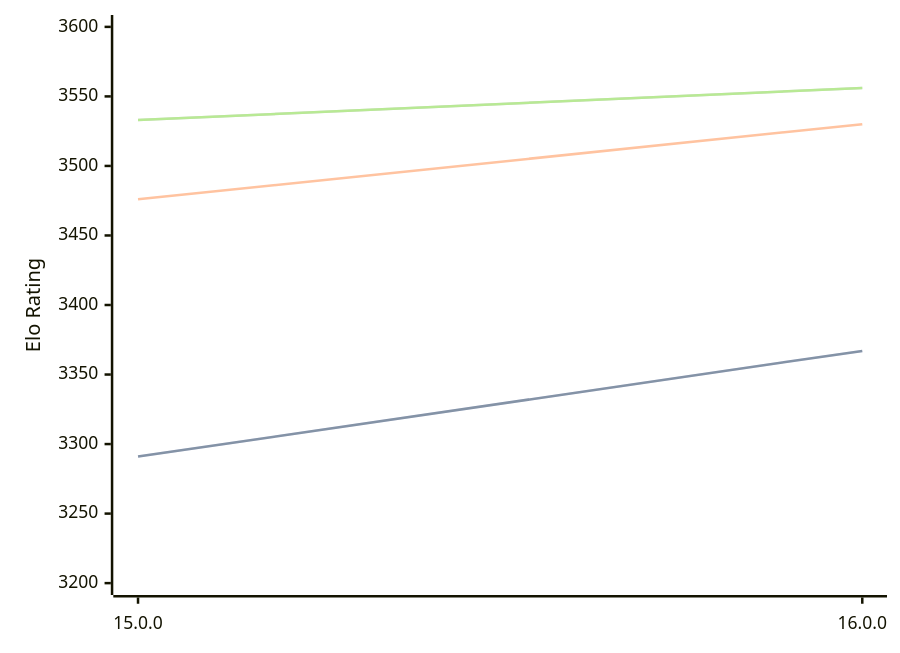
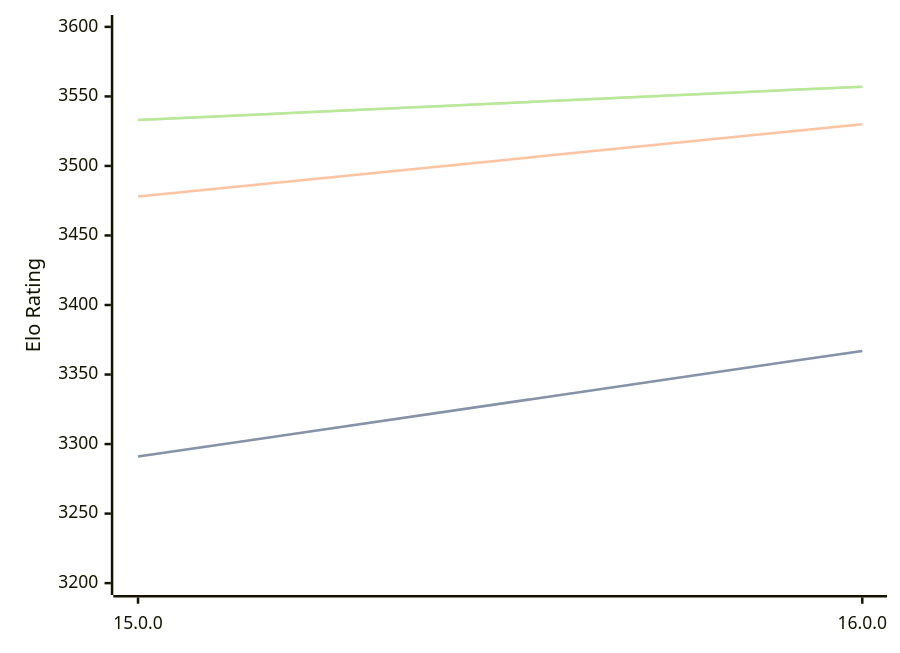
One commit to computer-chess-index/cci changed the diagram in engines/Halogen.md. Above: the diagram before and after it, drawn with Mermaid. The commit also changed other lines of this file, not shown here.

Commit message:
Update CCI Ratings (ELO VLTC) - 2026-09-15

````diff
--- a/engines/Halogen.md
+++ b/engines/Halogen.md
@@ -32,11 +32,11 @@
 ```mermaid
 %%{init: {"theme":"base","themeVariables":{"seriesColors:['#a3a3a3','#222221','#faa371']}}}%%
 xychart-beta
   x-axis ["15.0.0", "16.0.0"]
   y-axis "Elo Rating" 3200 --> 3600
   line "" [3291, 3367]
   line "STC (8.0+0.08s)" [3291, 3367]
-  line "LTC (60.0+0.60s)" [3476, 3530]
-  line "" [3533, 3556]
-  line "VLTC (2m24s+1.12s)" [3533, 3556]
+  line "LTC (60.0+0.60s)" [3478, 3530]
+  line "" [3533, 3557]
+  line "VLTC (2m24s+1.12s)" [3533, 3557]
 ```
````
